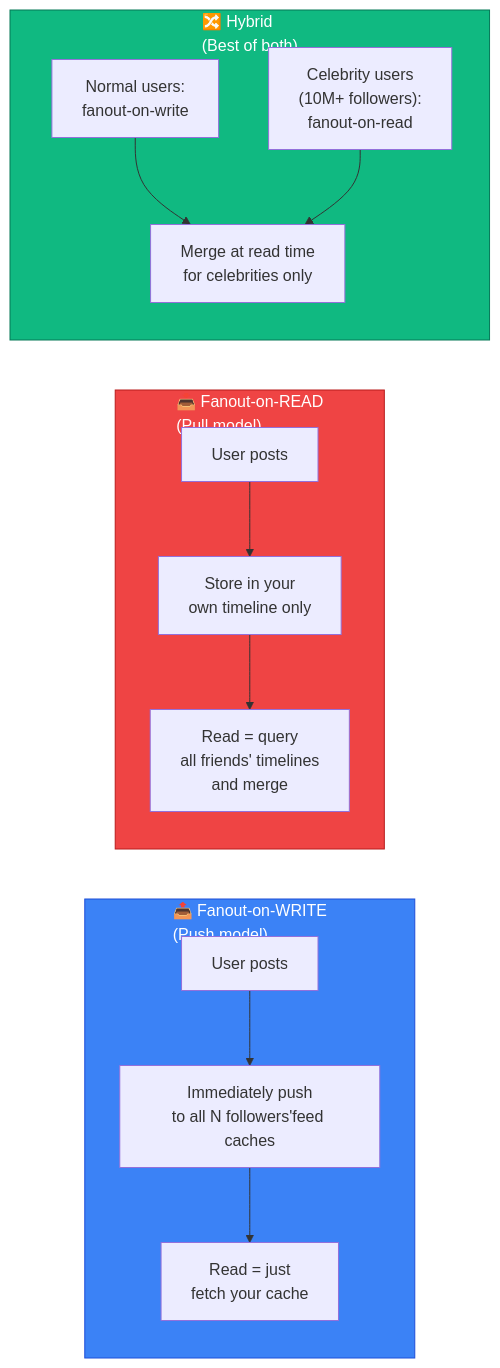
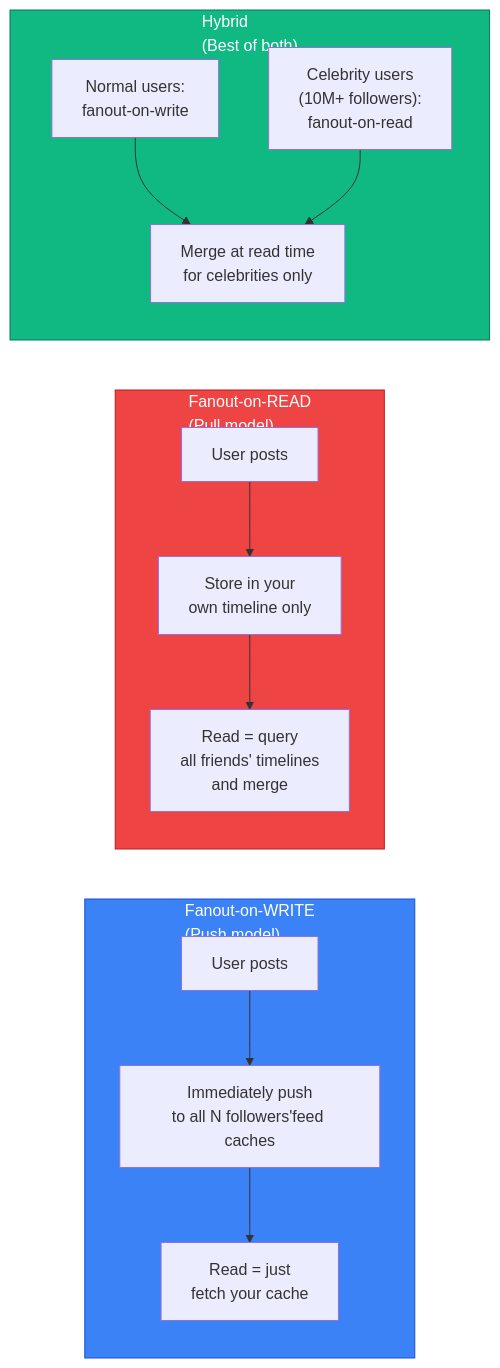
One commit to devops-monk/system-design-blog changed diagram 11 of 18 in content/posts/2026/framework-for-system-design-interviews.md. Above: the diagram before and after it, drawn with Mermaid. The commit also changed other lines of this file and 5 other files, not shown here.

````diff
--- a/content/posts/2026/framework-for-system-design-interviews.md
+++ b/content/posts/2026/framework-for-system-design-interviews.md
@@ -457,31 +457,31 @@
 ```mermaid
 flowchart LR
-    subgraph FOW["📤 Fanout-on-WRITE\n(Push model)"]
+    subgraph FOW["Fanout-on-WRITE\n(Push model)"]
         direction TB
         W1["User posts"]
         W2["Immediately push\nto all N followers'feed caches"]
         W3["Read = just\nfetch your cache"]
         W1 --> W2 --> W3
     end
 
-    subgraph FOR["📥 Fanout-on-READ\n(Pull model)"]
+    subgraph FOR["Fanout-on-READ\n(Pull model)"]
         direction TB
         R1["User posts"]
         R2["Store in your\nown timeline only"]
         R3["Read = query\nall friends' timelines\nand merge"]
         R1 --> R2 --> R3
     end
 
-    subgraph HYBRID["🔀 Hybrid\n(Best of both)"]
+    subgraph HYBRID["Hybrid\n(Best of both)"]
         direction TB
         H1["Normal users:\nfanout-on-write"]
         H2["Celebrity users\n(10M+ followers):\nfanout-on-read"]
         H3["Merge at read time\nfor celebrities only"]
         H1 --> H3
         H2 --> H3
     end
 
     style FOW fill:#3B82F6,stroke:#1D4ED8,color:#fff
     style FOR fill:#EF4444,stroke:#B91C1C,color:#fff
     style HYBRID fill:#10B981,stroke:#047857,color:#fff
 ```
````
